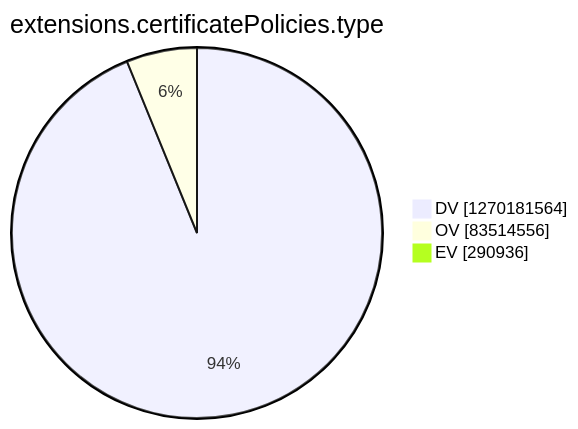
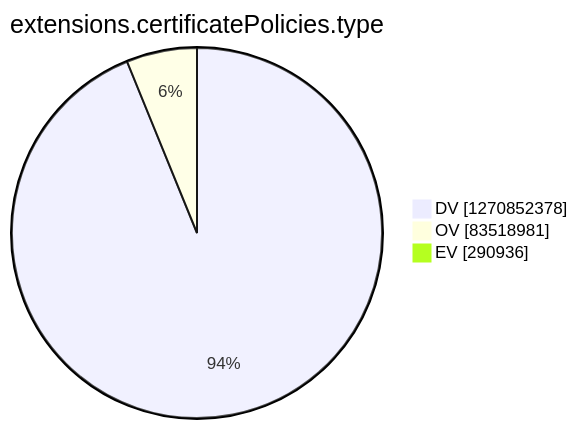
The tenth of 15 diagrams in argon2022/README.md (christiankrug/ctmonitor_visualization), drawn with Mermaid before and after one commit. The commit also changed other lines of this file, not shown here.

````diff
--- a/argon2022/README.md
+++ b/argon2022/README.md
@@ -2771,7 +2771,7 @@
 ```mermaid
 pie showData
 title extensions.certificatePolicies.type
-"DV" :1270181564
-"OV" :83514556
+"DV" :1270852378
+"OV" :83518981
 "EV" :290936
 ```
````
